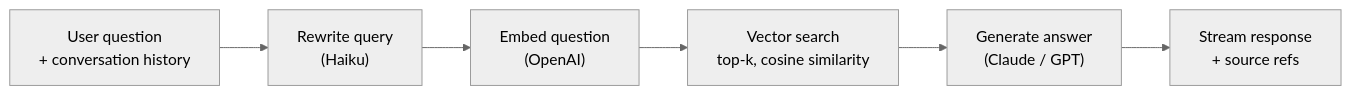
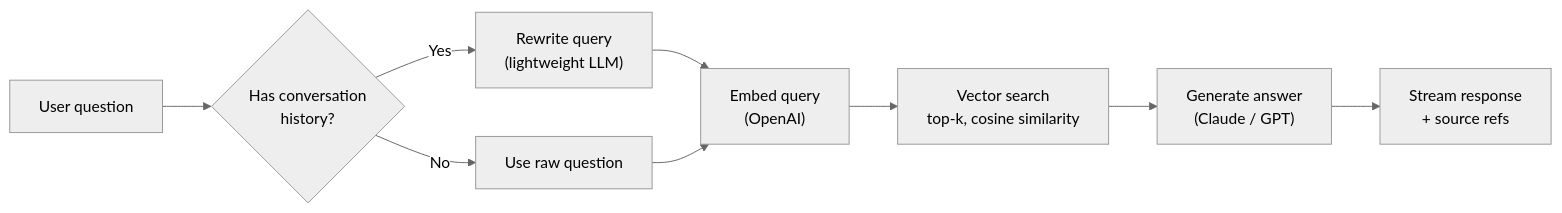
Before and after one commit to angel-forge/documentor: the third of 3 diagrams in README.md, drawn with Mermaid (neutral theme). The commit also changed other lines of this file, not shown here.

Commit message:
fix: clarify that query rewriting only triggers with conversation history

````diff
--- a/README.md
+++ b/README.md
@@ -109,8 +109,11 @@
 ```mermaid
 flowchart LR
-    A["User question<br/>+ conversation history"] --> B["Rewrite query<br/>(Haiku)"]
-    B --> C["Embed question<br/>(OpenAI)"]
-    C --> D["Vector search<br/>top-k, cosine similarity"]
-    D --> E["Generate answer<br/>(Claude / GPT)"]
-    E --> F["Stream response<br/>+ source refs"]
+    A["User question"] --> B{"Has conversation<br/>history?"}
+    B -->|Yes| C["Rewrite query<br/>(lightweight LLM)"]
+    B -->|No| D["Use raw question"]
+    C --> E["Embed query<br/>(OpenAI)"]
+    D --> E
+    E --> F["Vector search<br/>top-k, cosine similarity"]
+    F --> G["Generate answer<br/>(Claude / GPT)"]
+    G --> H["Stream response<br/>+ source refs"]
 ```
````
